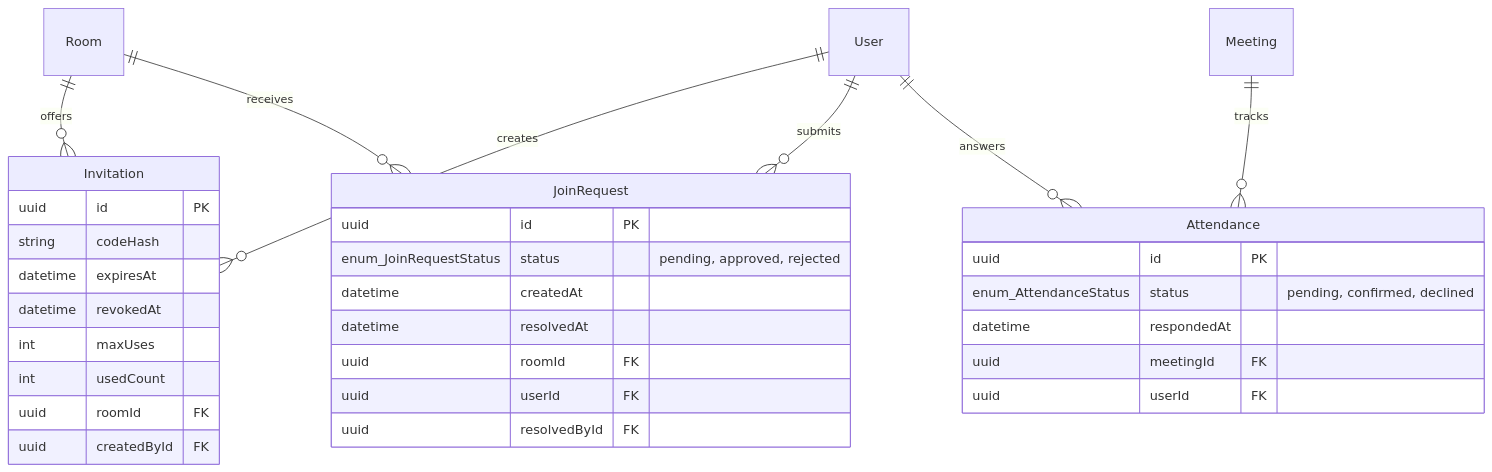
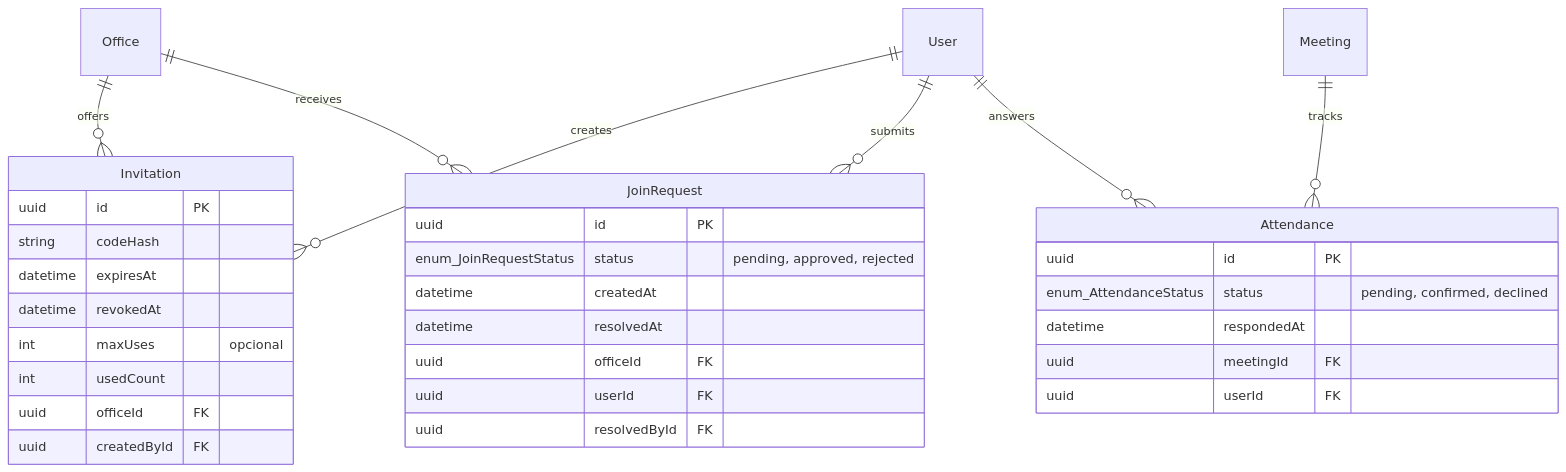
Before and after one commit to Agustin742/integratec-final-back: the second of 2 diagrams in docs/diagrams/03-structural/data-model.md, drawn with Mermaid. The commit also changed other lines of this file and 1 other file, not shown here.

Commit message:
docs(diagrams): separate office membership from room access and leadership

````diff
--- a/docs/diagrams/03-structural/data-model.md
+++ b/docs/diagrams/03-structural/data-model.md
@@ -185,38 +227,38 @@
 ```mermaid
 erDiagram
-  Room ||--o{ Invitation : offers
+  Office ||--o{ Invitation : offers
   User ||--o{ Invitation : creates
-  Room ||--o{ JoinRequest : receives
+  Office ||--o{ JoinRequest : receives
   User ||--o{ JoinRequest : submits
   Meeting ||--o{ Attendance : tracks
   User ||--o{ Attendance : answers
 
   Invitation {
     uuid id PK
     string codeHash
     datetime expiresAt
     datetime revokedAt
-    int maxUses
+    int maxUses "opcional"
     int usedCount
-    uuid roomId FK
+    uuid officeId FK
     uuid createdById FK
   }
 
   JoinRequest {
     uuid id PK
     enum_JoinRequestStatus status "pending, approved, rejected"
     datetime createdAt
     datetime resolvedAt
-    uuid roomId FK
+    uuid officeId FK
     uuid userId FK
     uuid resolvedById FK
   }
 
   Attendance {
     uuid id PK
     enum_AttendanceStatus status "pending, confirmed, declined"
     datetime respondedAt
     uuid meetingId FK
     uuid userId FK
   }
 ```
````
